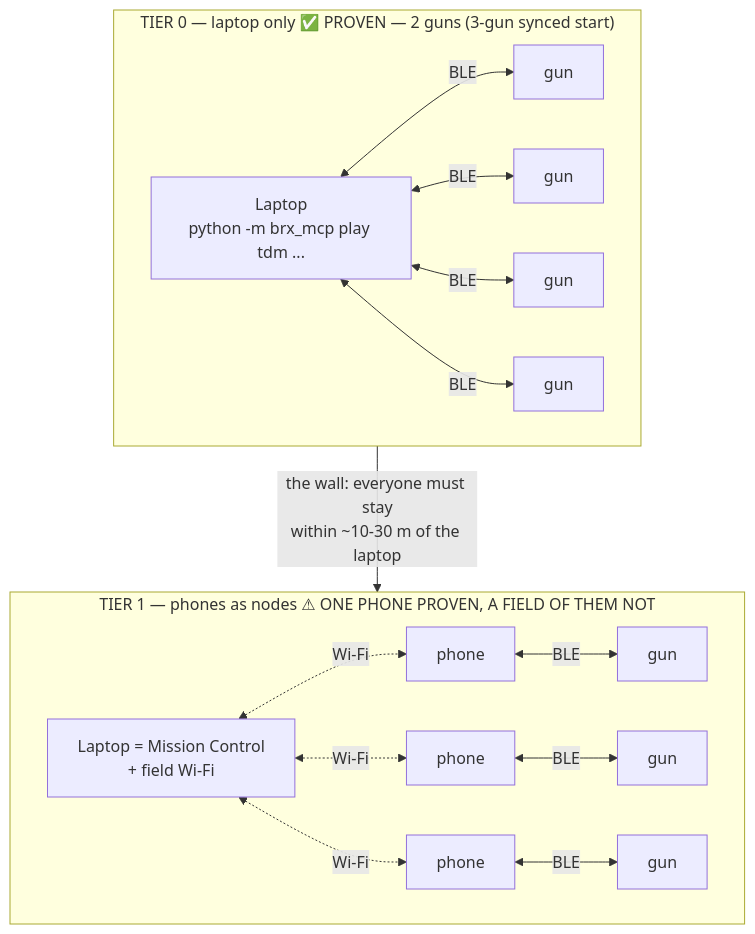
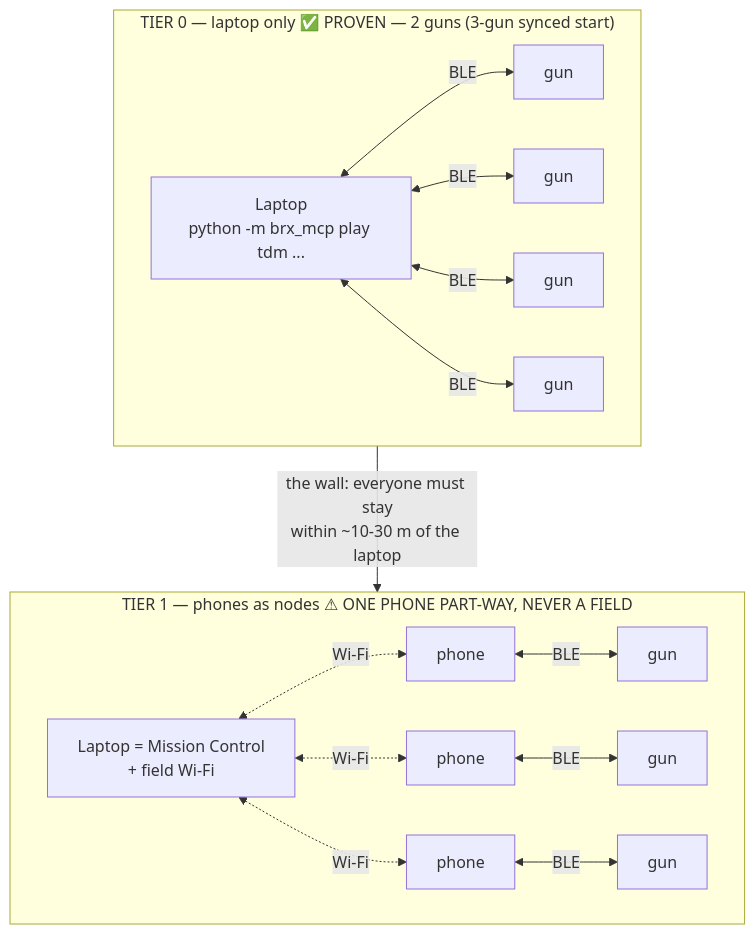
One commit to tony99nyr/open-brx changed the third of 5 diagrams in docs/architecture-topology.md. Above: the diagram before and after it, drawn with Mermaid. The commit also changed other lines of this file and 1 other file, not shown here.

````diff
--- a/docs/architecture-topology.md
+++ b/docs/architecture-topology.md
@@ -120,32 +120,32 @@
 ```mermaid
 flowchart TB
   subgraph T0["TIER 0 — laptop only ✅ PROVEN — 2 guns (3-gun synced start)"]
     direction LR
     L0["Laptop<br/>python -m brx_mcp play tdm ..."]
     g1["gun"]
     g2["gun"]
     g3["gun"]
     g4["gun"]
     L0 <-->|BLE| g1
     L0 <-->|BLE| g2
     L0 <-->|BLE| g3
     L0 <-->|BLE| g4
   end
-  subgraph T1["TIER 1 — phones as nodes ⚠ ONE PHONE PROVEN, A FIELD OF THEM NOT"]
+  subgraph T1["TIER 1 — phones as nodes ⚠ ONE PHONE PART-WAY, NEVER A FIELD"]
     direction LR
     L1["Laptop = Mission Control<br/>+ field Wi-Fi"]
     p1["phone"]
     p2["phone"]
     p3["phone"]
     q1["gun"]
     q2["gun"]
     q3["gun"]
     L1 <-.->|Wi-Fi| p1
     L1 <-.->|Wi-Fi| p2
     L1 <-.->|Wi-Fi| p3
     p1 <-->|BLE| q1
     p2 <-->|BLE| q2
     p3 <-->|BLE| q3
   end
   T0 -->|"the wall: everyone must stay<br/>within ~10-30 m of the laptop"| T1
 ```
````
